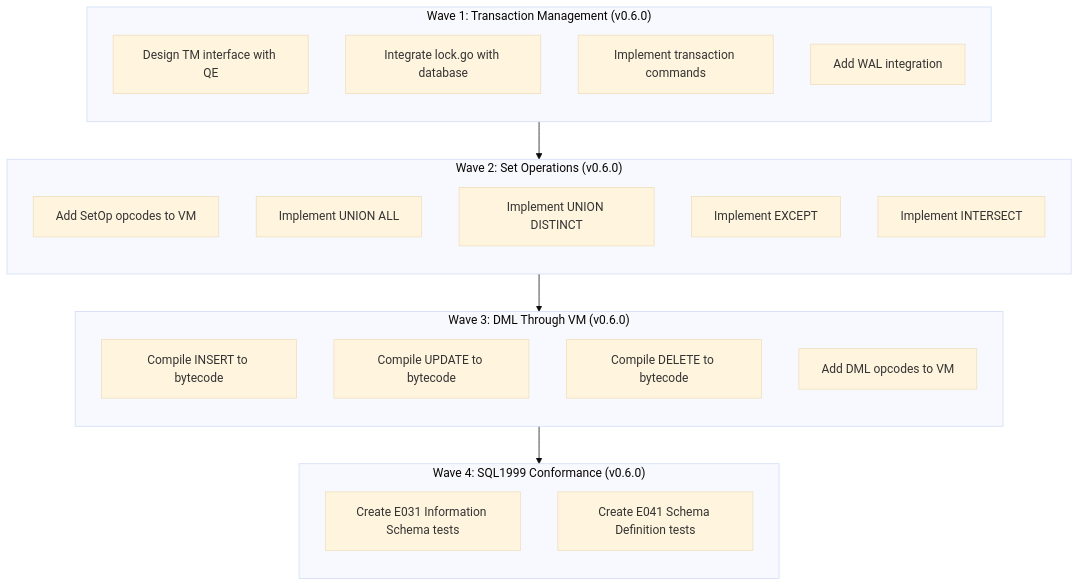
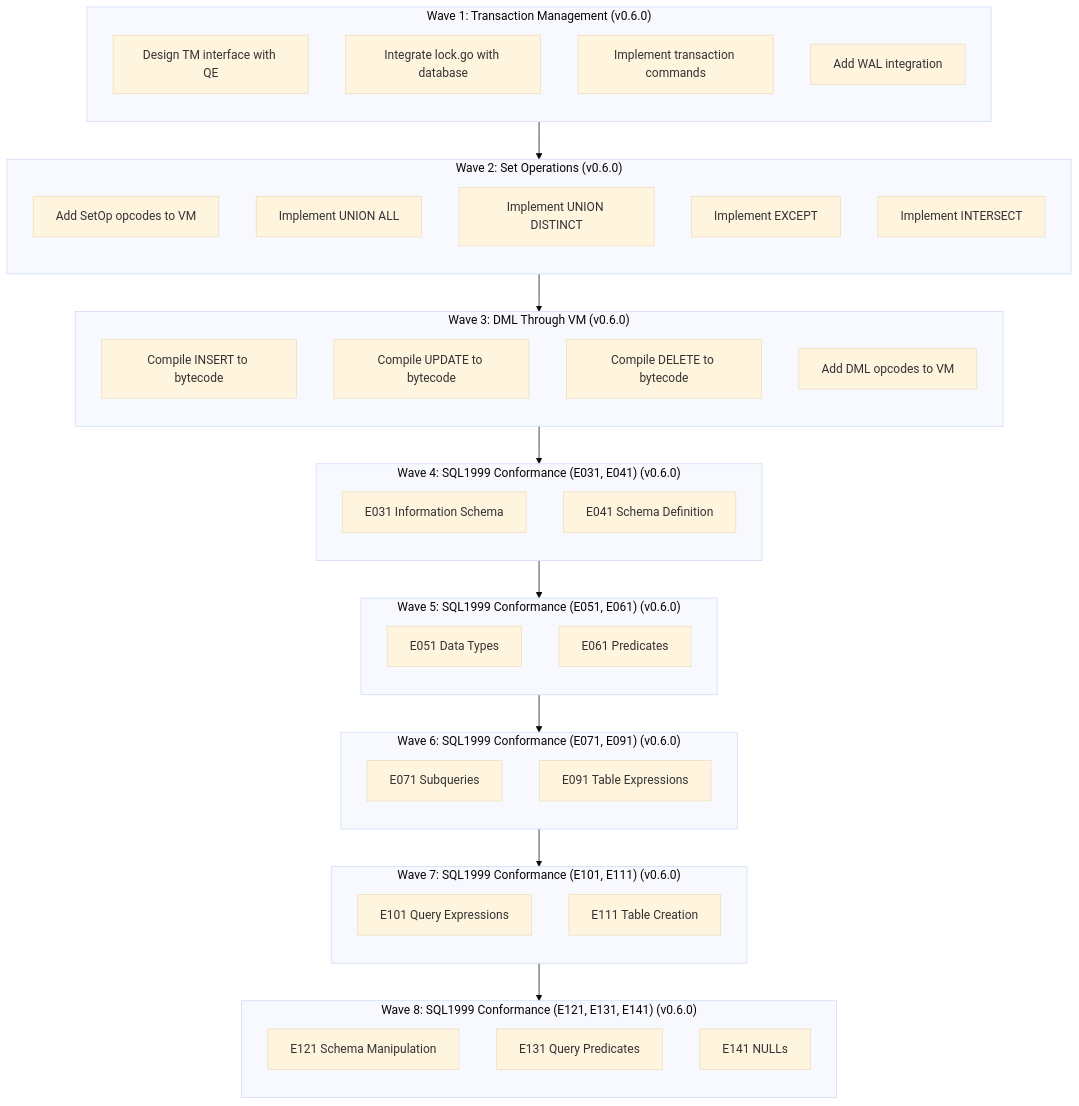
Before and after one commit to cyw0ng95/sqlvibe: the diagram in docs/plan-v0.6.0.md, drawn with Mermaid (base theme). The commit also changed other lines of this file, not shown here.

First line of the commit message:
docs: Add E051-E141 SQL1999 conformance tests across multiple waves

````diff
--- a/docs/plan-v0.6.0.md
+++ b/docs/plan-v0.6.0.md
@@ -89,37 +130,66 @@
 ```mermaid
 graph TD
     subgraph W1 ["Wave 1: Transaction Management (v0.6.0)"]
         direction TB
         A1[Design TM interface with QE]
         A2[Integrate lock.go with database]
         A3[Implement transaction commands]
         A4[Add WAL integration]
     end
     
     subgraph W2 ["Wave 2: Set Operations (v0.6.0)"]
         direction TB
         B1[Add SetOp opcodes to VM]
         B2[Implement UNION ALL]
         B3[Implement UNION DISTINCT]
         B4[Implement EXCEPT]
         B5[Implement INTERSECT]
     end
     
     subgraph W3 ["Wave 3: DML Through VM (v0.6.0)"]
         direction TB
         C1[Compile INSERT to bytecode]
         C2[Compile UPDATE to bytecode]
         C3[Compile DELETE to bytecode]
         C4[Add DML opcodes to VM]
     end
     
-    subgraph W4 ["Wave 4: SQL1999 Conformance (v0.6.0)"]
+    subgraph W4 ["Wave 4: SQL1999 Conformance (E031, E041) (v0.6.0)"]
         direction TB
-        D1[Create E031 Information Schema tests]
-        D2[Create E041 Schema Definition tests]
+        D1[E031 Information Schema]
+        D2[E041 Schema Definition]
+    end
+    
+    subgraph W5 ["Wave 5: SQL1999 Conformance (E051, E061) (v0.6.0)"]
+        direction TB
+        E1[E051 Data Types]
+        E2[E061 Predicates]
+    end
+    
+    subgraph W6 ["Wave 6: SQL1999 Conformance (E071, E091) (v0.6.0)"]
+        direction TB
+        F1[E071 Subqueries]
+        F2[E091 Table Expressions]
+    end
+    
+    subgraph W7 ["Wave 7: SQL1999 Conformance (E101, E111) (v0.6.0)"]
+        direction TB
+        G1[E101 Query Expressions]
+        G2[E111 Table Creation]
+    end
+    
+    subgraph W8 ["Wave 8: SQL1999 Conformance (E121, E131, E141) (v0.6.0)"]
+        direction TB
+        H1[E121 Schema Manipulation]
+        H2[E131 Query Predicates]
+        H3[E141 NULLs]
     end
     
     W1 --> W2
     W2 --> W3
     W3 --> W4
+    W4 --> W5
+    W5 --> W6
+    W6 --> W7
+    W7 --> W8
 ```
````
